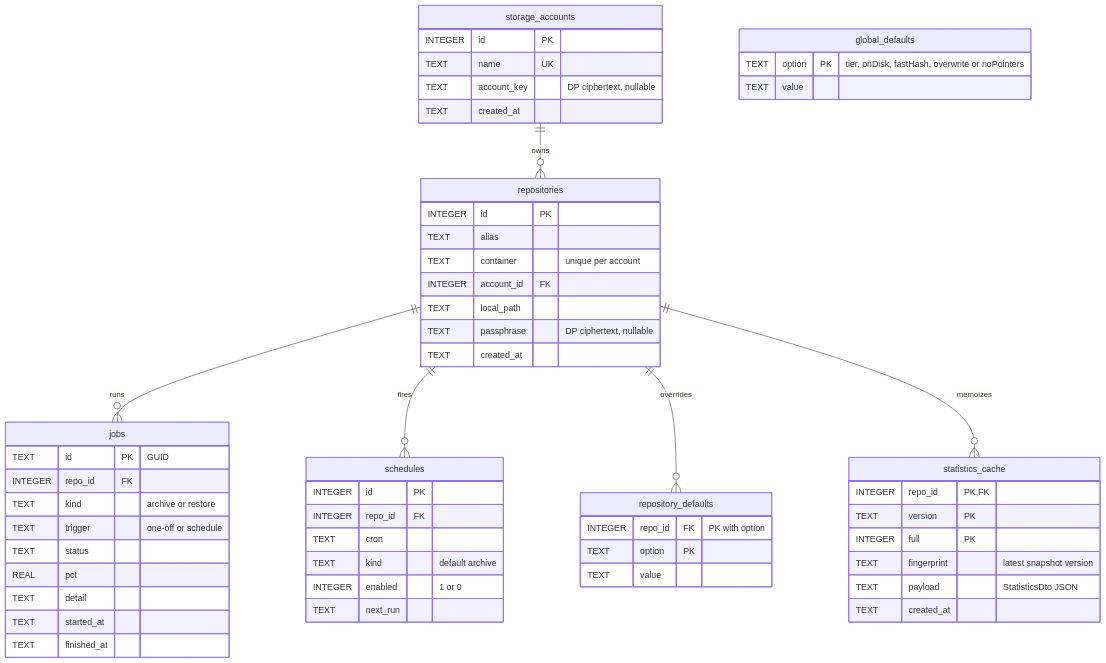
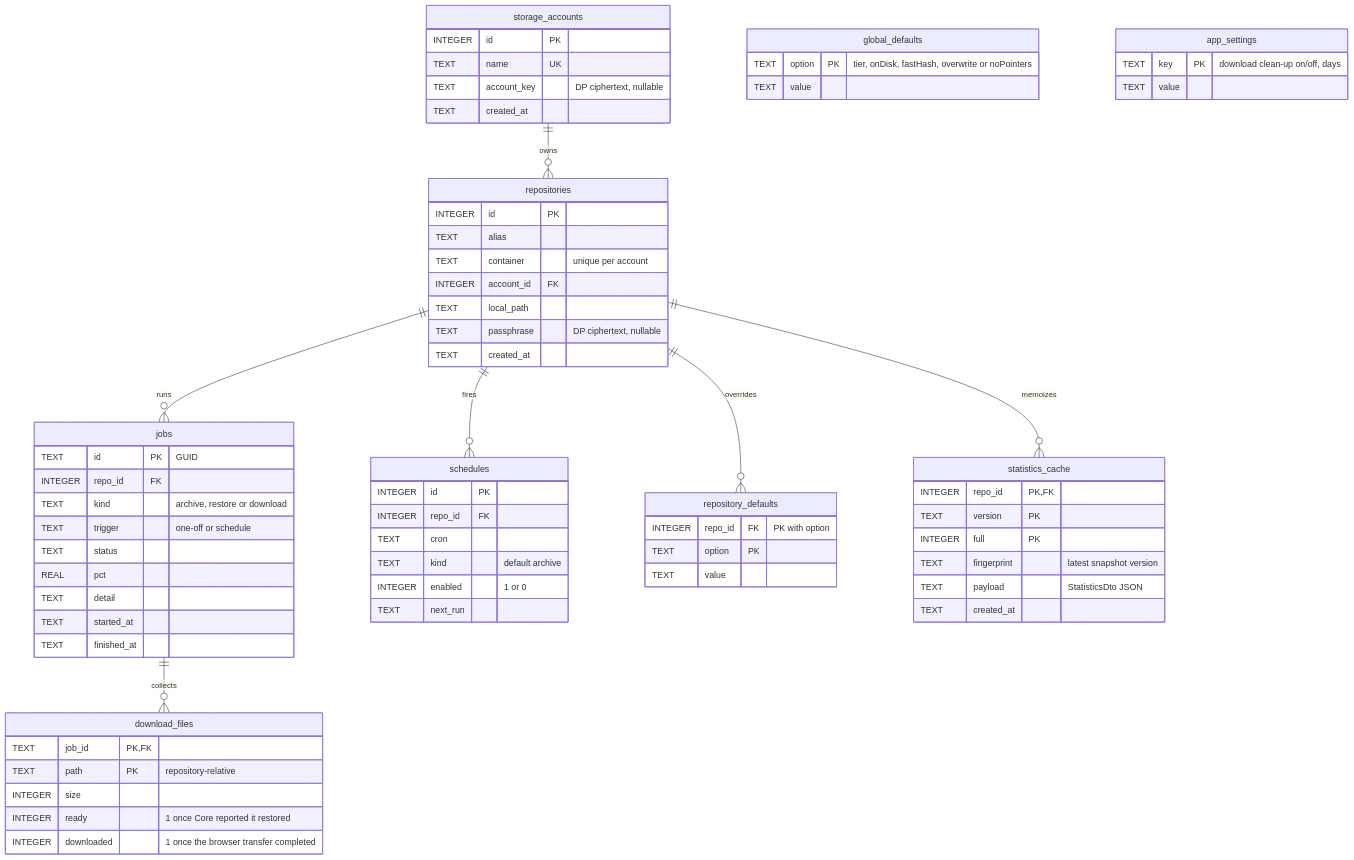
One commit to woutervanranst/Arius7 changed the fifth of 5 diagrams in docs/design/hosts/web.md. Above: the diagram before and after it, drawn with Mermaid. The commit also changed other lines of this file and 9 other files, not shown here.

````diff
--- a/docs/design/hosts/web.md
+++ b/docs/design/hosts/web.md
@@ -161,60 +187,72 @@
 ```mermaid
 erDiagram
     storage_accounts ||--o{ repositories     : "owns"
     repositories     ||--o{ jobs             : "runs"
     repositories     ||--o{ schedules        : "fires"
     repositories     ||--o{ repository_defaults : "overrides"
     repositories     ||--o{ statistics_cache : "memoizes"
+    jobs             ||--o{ download_files   : "collects"
 
     storage_accounts {
         INTEGER id          PK
         TEXT    name        UK
         TEXT    account_key "DP ciphertext, nullable"
         TEXT    created_at
     }
     repositories {
         INTEGER id           PK
         TEXT    alias
         TEXT    container    "unique per account"
         INTEGER account_id   FK
         TEXT    local_path
         TEXT    passphrase   "DP ciphertext, nullable"
         TEXT    created_at
     }
     jobs {
         TEXT    id          PK "GUID"
         INTEGER repo_id     FK
-        TEXT    kind        "archive or restore"
+        TEXT    kind        "archive, restore or download"
         TEXT    trigger     "one-off or schedule"
         TEXT    status
         REAL    pct
         TEXT    detail
         TEXT    started_at
         TEXT    finished_at
     }
     schedules {
         INTEGER id      PK
         INTEGER repo_id FK
         TEXT    cron
         TEXT    kind    "default archive"
         INTEGER enabled "1 or 0"
         TEXT    next_run
     }
     global_defaults {
         TEXT    option PK "tier, onDisk, fastHash, overwrite or noPointers"
         TEXT    value
     }
     repository_defaults {
         INTEGER repo_id FK "PK with option"
         TEXT    option  PK
         TEXT    value
     }
     statistics_cache {
         INTEGER repo_id     PK,FK
         TEXT    version     PK
         INTEGER full        PK
         TEXT    fingerprint "latest snapshot version"
         TEXT    payload     "StatisticsDto JSON"
         TEXT    created_at
     }
+    download_files {
+        TEXT    job_id     PK,FK
+        TEXT    path       PK "repository-relative"
+        INTEGER size
+        INTEGER ready      "1 once Core reported it restored"
+        INTEGER downloaded "1 once the browser transfer completed"
+    }
+    app_settings {
+        TEXT key   PK "download clean-up on/off, days"
+        TEXT value
+    }
 ```
````
